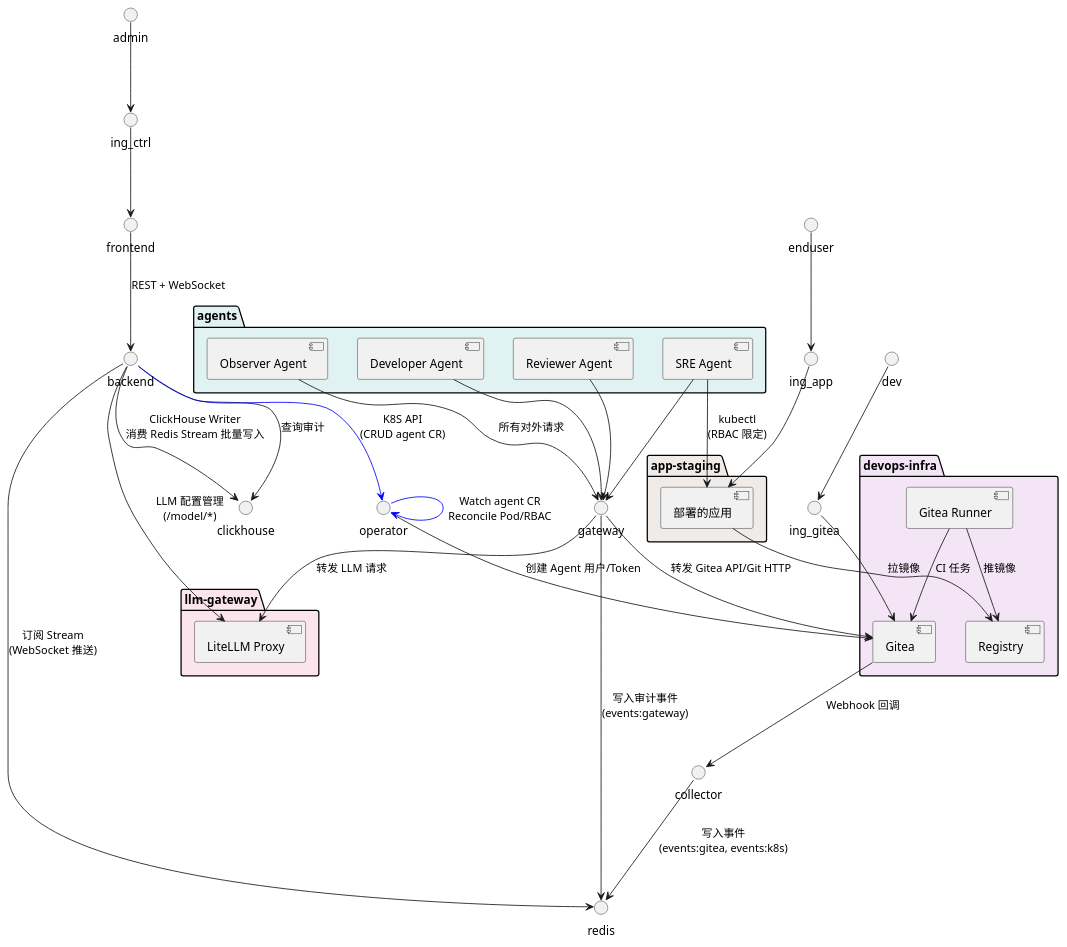
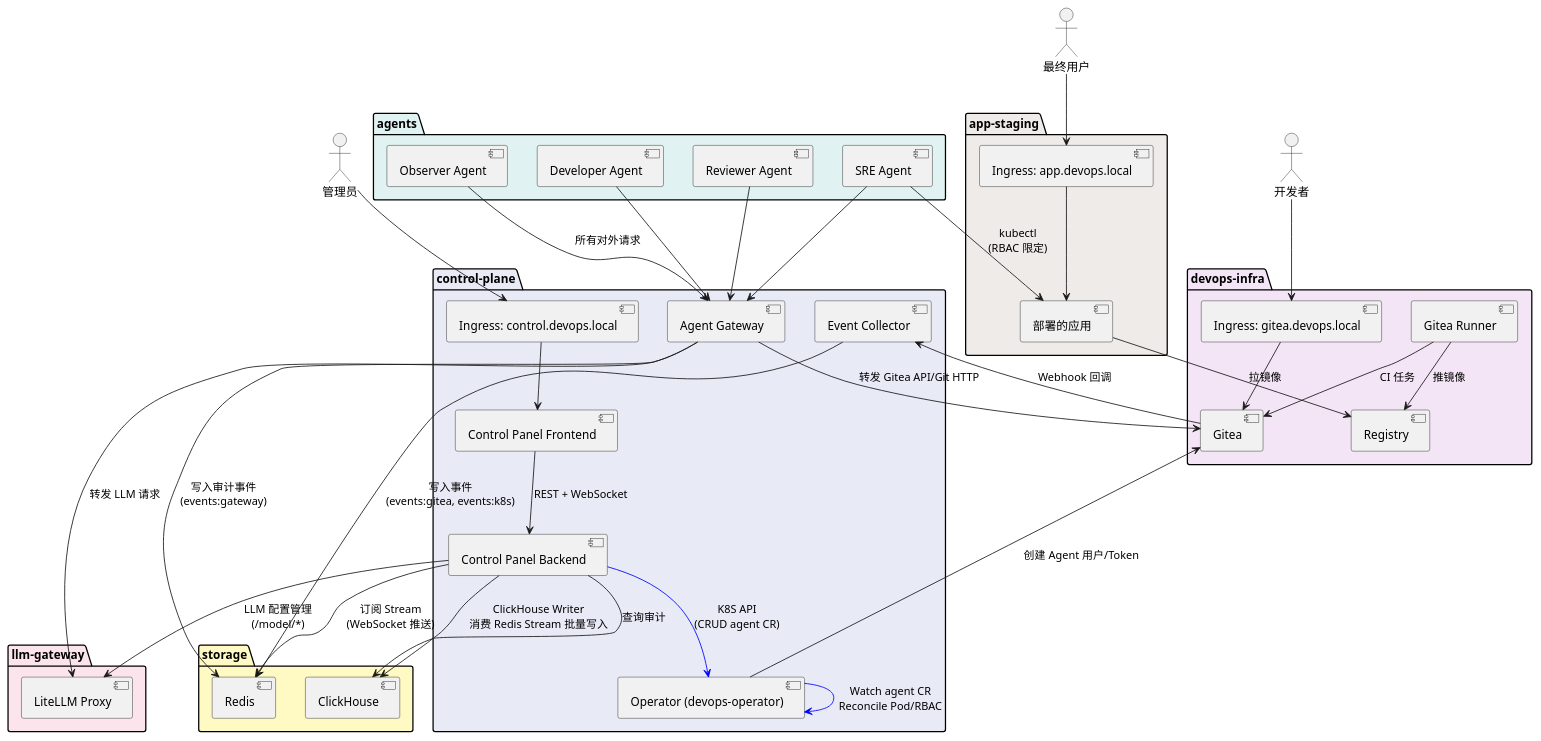
Before and after one commit to OperationsPAI/EntropyGen: the first of 2 diagrams in .claude/designs/system-design-overview.md, drawn with PlantUML. The commit also changed other lines of this file and 9 other files, not shown here.

First line of the commit message:
docs: complete architecture design documentation for all components

````diff
--- a/.claude/designs/system-design-overview.md
+++ b/.claude/designs/system-design-overview.md
@@ -26,29 +26,51 @@
 ```plantuml
 @startuml
 
+actor "管理员" as admin
+actor "开发者" as dev
+actor "最终用户" as enduser
+
+' === control-plane namespace ===
+package "control-plane" #E8EAF6 {
+  [Ingress: control.devops.local] as ing_ctrl
+  [Control Panel Frontend] as frontend
+  [Control Panel Backend] as backend
+  [Agent Gateway] as gateway
+  [Event Collector] as collector
+  [Operator (devops-operator)] as operator
+}
+
+' === storage namespace ===
+package "storage" #FFF9C4 {
+  [Redis] as redis
+  [ClickHouse] as clickhouse
+}
+
 ' === devops-infra namespace ===
 package "devops-infra" #F3E5F5 {
- [Gitea] as gitea
- [Gitea Runner] as runner
- [Registry] as registry
+  [Ingress: gitea.devops.local] as ing_gitea
+  [Gitea] as gitea
+  [Gitea Runner] as runner
+  [Registry] as registry
 }
 
 ' === llm-gateway namespace ===
 package "llm-gateway" #FCE4EC {
- [LiteLLM Proxy] as litellm
+  [LiteLLM Proxy] as litellm
 }
 
 ' === agents namespace ===
 package "agents" #E0F2F1 {
- [Observer Agent] as obs
- [Developer Agent] as devagent
- [Reviewer Agent] as revagent
- [SRE Agent] as sreagent
+  [Observer Agent] as obs
+  [Developer Agent] as devagent
+  [Reviewer Agent] as revagent
+  [SRE Agent] as sreagent
 }
 
 ' === app-staging namespace ===
 package "app-staging" #EFEBE9 {
- [部署的应用] as apps
+  [Ingress: app.devops.local] as ing_app
+  [部署的应用] as apps
 }
 
 ' --- 用户访问 ---
````
